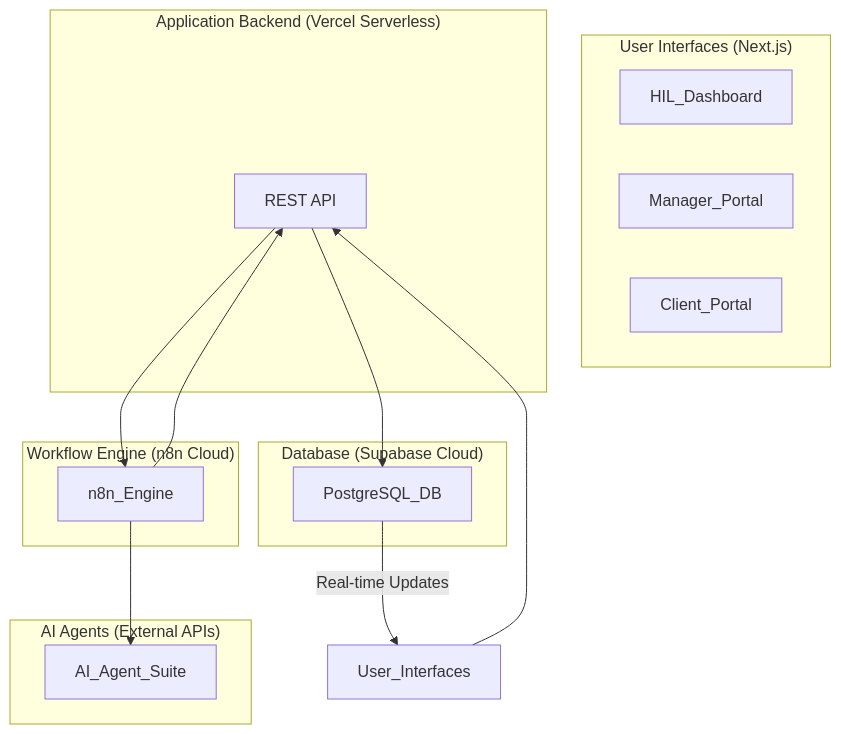
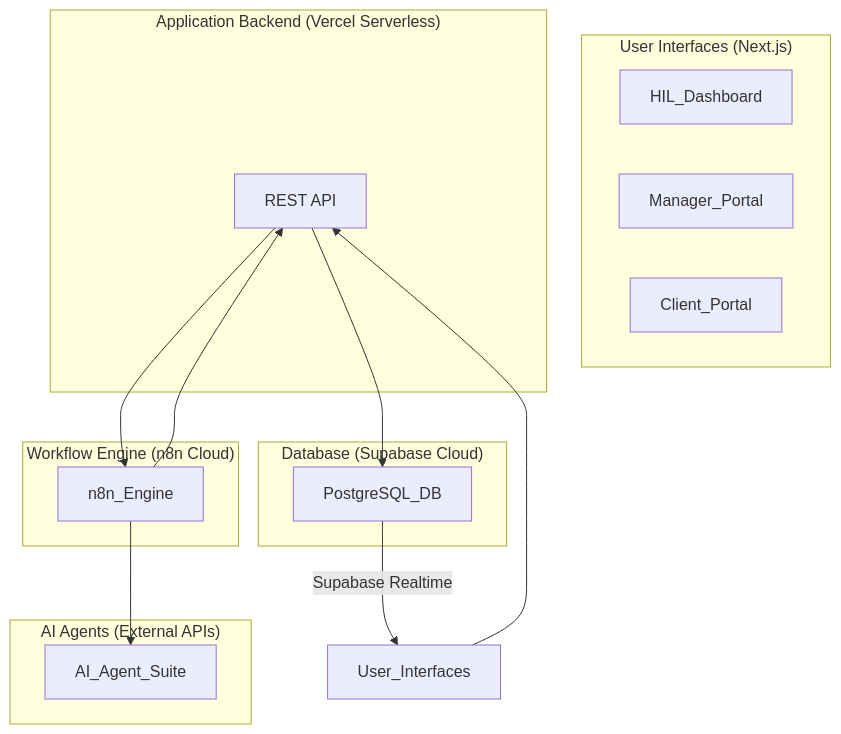
The diagram in docs/01_introduction.md (InspectHOA/rexera2), drawn with Mermaid before and after one commit. The commit also changed other lines of this file and 25 other files, not shown here.

````diff
--- a/docs/01_introduction.md
+++ b/docs/01_introduction.md
@@ -31,31 +31,31 @@
 ```mermaid
 graph TD
     subgraph "User Interfaces (Next.js)"
         HIL_Dashboard
         Manager_Portal
         Client_Portal
     end
 
     subgraph "Application Backend (Vercel Serverless)"
         API_Layer[REST API]
     end
 
     subgraph "Database (Supabase Cloud)"
         PostgreSQL_DB
     end
 
     subgraph "Workflow Engine (n8n Cloud)"
         n8n_Engine
     end
 
     subgraph "AI Agents (External APIs)"
         AI_Agent_Suite
     end
 
     User_Interfaces --> API_Layer
     API_Layer --> PostgreSQL_DB
     API_Layer --> n8n_Engine
     n8n_Engine --> AI_Agent_Suite
     n8n_Engine --> API_Layer
-    PostgreSQL_DB -- Real-time Updates --> User_Interfaces
+    PostgreSQL_DB -- Supabase Realtime --> User_Interfaces
 ```
````
